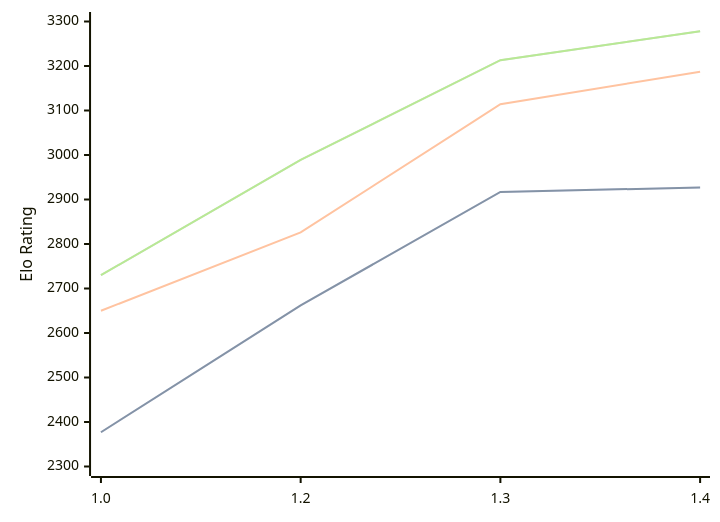
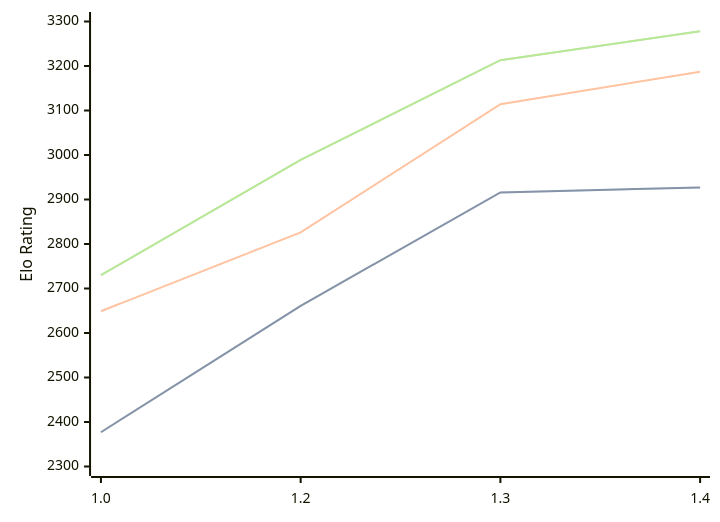
One commit to computer-chess-index/cci changed the diagram in engines/Chessnix.md. Above: the diagram before and after it, drawn with Mermaid. The commit also changed other lines of this file, not shown here.

````diff
--- a/engines/Chessnix.md
+++ b/engines/Chessnix.md
@@ -36,11 +36,11 @@
 ```mermaid
 %%{init: {"theme":"base","themeVariables":{"seriesColors:['#a3a3a3','#222221','#faa371']}}}%%
 xychart-beta
   x-axis ["1.0", "1.2", "1.3", "1.4"]
   y-axis "Elo Rating" 2300 --> 3300
-  line "STC (8.0+0.08s)" [2377, 2662, 2917, 2927]
-  line "STC (8.0+0.08s)" [2377, 2662, 2917, 2927]
-  line "LTC (60.0+0.60s)" [2650, 2826, 3114, 3187]
+  line "STC (8.0+0.08s)" [2377, 2661, 2916, 2927]
+  line "STC (8.0+0.08s)" [2377, 2661, 2916, 2927]
+  line "LTC (60.0+0.60s)" [2649, 2826, 3114, 3187]
   line "VLTC (2m24s+1.12s)" [2730, 2989, 3213, 3278]
   line "VLTC (2m24s+1.12s)" [2730, 2989, 3213, 3278]
 ```
````
